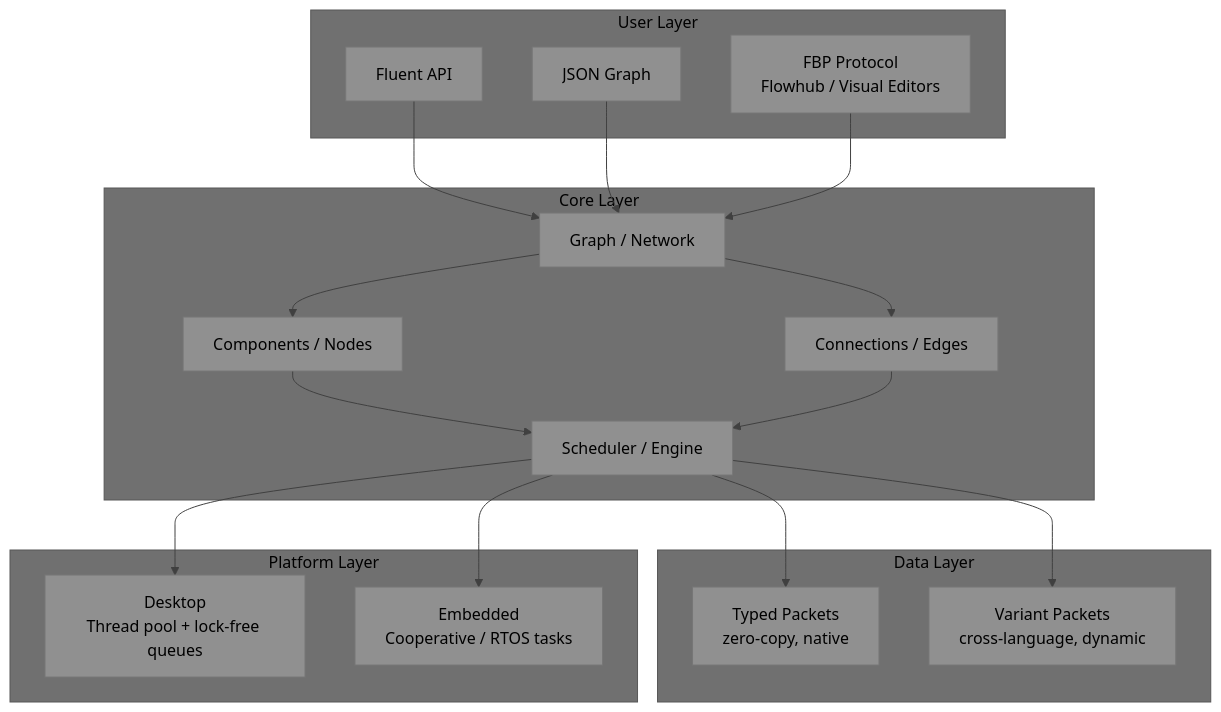
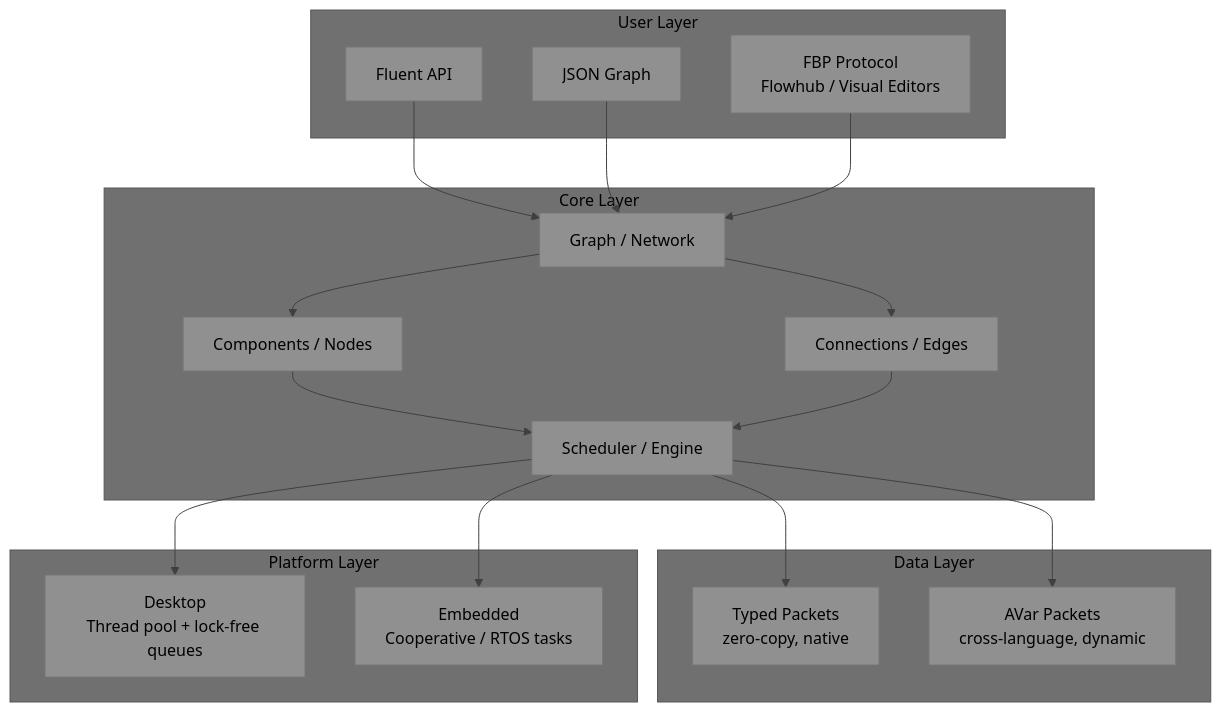
The first of 11 diagrams in README.md (visionik/anyflux), drawn with Mermaid before and after one commit. The commit also changed other lines of this file, not shown here.

Commit message:
docs: adopt AnyVar (AVar) as canonical variant format, reference anyvar repo

````diff
--- a/README.md
+++ b/README.md
@@ -36,38 +36,38 @@
 ```mermaid
 %%{init: {'theme': 'base', 'themeVariables': { 'primaryColor': '#909090', 'secondaryColor': '#808080', 'tertiaryColor': '#707070', 'primaryTextColor': '#000000', 'secondaryTextColor': '#000000', 'tertiaryTextColor': '#000000', 'noteTextColor': '#000000', 'lineColor': '#404040', 'actorLineColor': '#404040', 'signalColor': '#404040' }}}%%
 graph TB
     subgraph "User Layer"
         FA[Fluent API]
         JG[JSON Graph]
         FP[FBP Protocol<br/>Flowhub / Visual Editors]
     end
 
     subgraph "Core Layer"
         GR[Graph / Network]
         CO[Components / Nodes]
         CN[Connections / Edges]
         SC[Scheduler / Engine]
     end
 
     subgraph "Data Layer"
         TP[Typed Packets<br/>zero-copy, native]
-        VP[Variant Packets<br/>cross-language, dynamic]
+        VP[AVar Packets<br/>cross-language, dynamic]
     end
 
     subgraph "Platform Layer"
         DT[Desktop<br/>Thread pool + lock-free queues]
         EM[Embedded<br/>Cooperative / RTOS tasks]
     end
 
     FA --> GR
     JG --> GR
     FP --> GR
     GR --> CO
     GR --> CN
     CO --> SC
     CN --> SC
     SC --> TP
     SC --> VP
     SC --> DT
     SC --> EM
 ```
````
